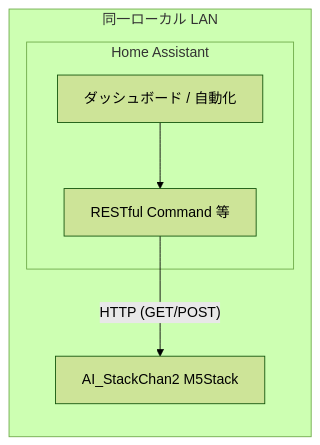
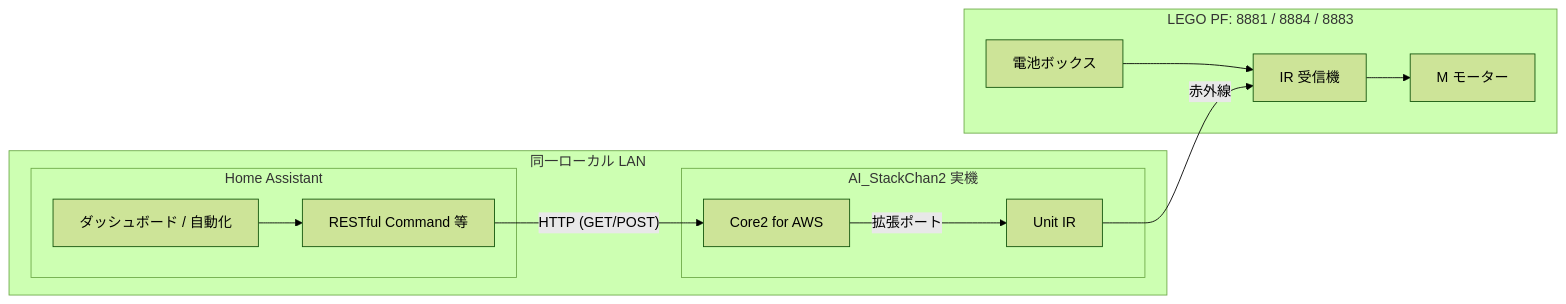
The second of 2 diagrams in docs/architecture-home-assistant-stackchan.md (SeiyaCM/kanden-ai-hackathon), drawn with Mermaid (forest theme) before and after one commit. The commit also changed other lines of this file and 17 other files, not shown here.

First line of the commit message:
docs: Update Stack-chan integration and demo documentation

````diff
--- a/docs/architecture-home-assistant-stackchan.md
+++ b/docs/architecture-home-assistant-stackchan.md
@@ -82,12 +154,24 @@
 ```mermaid
 flowchart LR
   subgraph lan [同一ローカル LAN]
     subgraph ha [Home Assistant]
       UI[ダッシュボード / 自動化]
       RC[RESTful Command 等]
       UI --> RC
     end
-    SC[AI_StackChan2 M5Stack]
-    RC -->|"HTTP (GET/POST)"| SC
+    subgraph stk [AI_StackChan2 実機]
+      C2[Core2 for AWS]
+      UIR[Unit IR]
+      C2 -->|拡張ポート| UIR
+    end
+    RC -->|"HTTP (GET/POST)"| C2
   end
+  subgraph pf [LEGO PF: 8881 / 8884 / 8883]
+    BAT[電池ボックス]
+    REC[IR 受信機]
+    MOT[M モーター]
+    BAT --> REC
+    REC --> MOT
+  end
+  UIR -->|赤外線| REC
 ```
````
